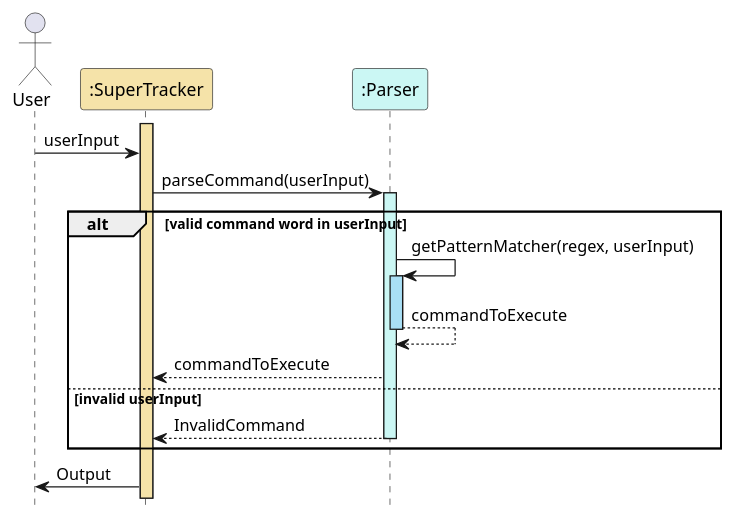
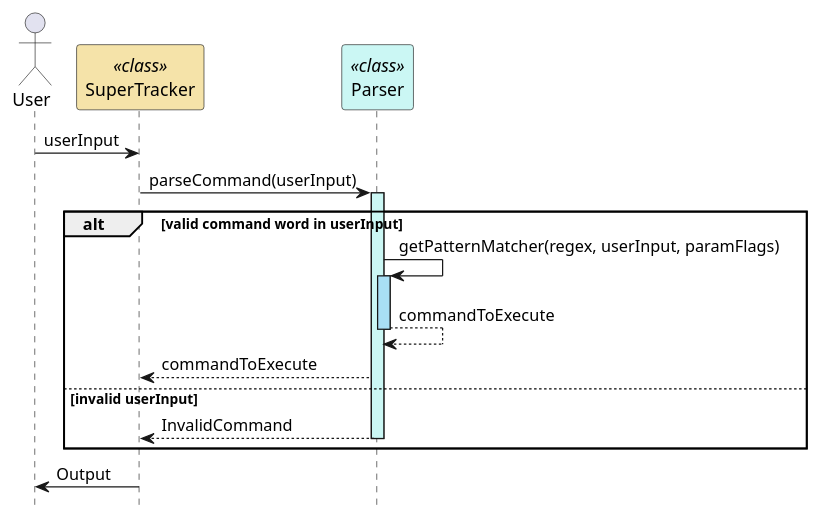
Before and after one commit to nus-cs2113-AY2324S2/tp: the second of 2 diagrams in docs/uml-diagrams/Parser.puml, drawn with PlantUML. The commit also changed 10 other files, not shown here.

```diff
--- a/docs/uml-diagrams/Parser.puml
+++ b/docs/uml-diagrams/Parser.puml
@@ -33,25 +33,24 @@
 @startuml
 hide footbox
 actor User as User
-participant ":SuperTracker" as SuperTracker #f5e3a9
-participant ":Parser" as Parser #cbf7f4
+participant "SuperTracker" as SuperTracker <<class>> #f5e3a9
+participant "Parser" as Parser <<class>> #cbf7f4
 
-activate SuperTracker #f5e3a9
 User -> SuperTracker : userInput
 SuperTracker -> Parser : parseCommand(userInput)
 activate Parser #cbf7f4
 
 alt valid command word in userInput
-    Parser -> Parser : getPatternMatcher(regex, userInput)
+    Parser -> Parser : getPatternMatcher(regex, userInput, paramFlags)
     activate Parser #a9dff5
     Parser --> Parser : commandToExecute
     deactivate Parser
     Parser --> SuperTracker : commandToExecute
 else invalid userInput
     Parser --> SuperTracker : InvalidCommand
     deactivate Parser
 end
 
 SuperTracker -> User : Output
 
 @enduml
```
